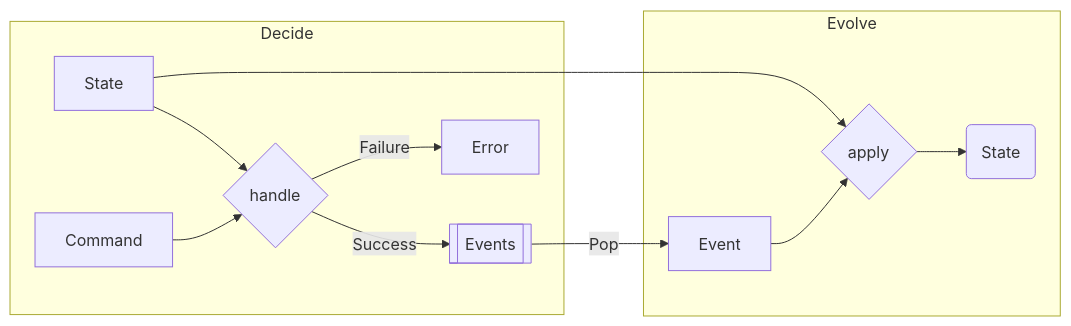
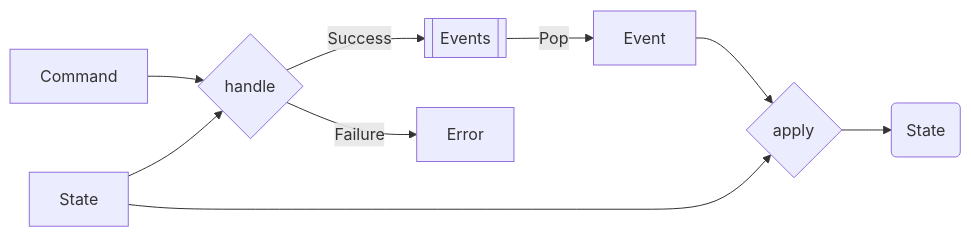
One commit to forgen-org/website changed the diagram in pages/architecture/event-sourcing.mdx. Above: the diagram before and after it, drawn with Mermaid. The commit also changed other lines of this file, not shown here.

Commit message:
Simplify EventSourcing

````diff
--- a/pages/architecture/event-sourcing.mdx
+++ b/pages/architecture/event-sourcing.mdx
@@ -5,26 +5,22 @@
 ```mermaid
 flowchart LR
-subgraph Decide
   State
   Command
   Error
   Events[[Events]]
   Handle{handle}
+  NewState(State)
+  Event
+  Apply{apply}
 
   Command --> Handle
   State --> Handle
   Handle --> |Success| Events
   Handle --> |Failure| Error
-end
-subgraph Evolve
-  State
-  NewState(State)
-  Event
-  Apply{apply}
 
   State --> Apply
   Event --> Apply
   Apply --> NewState
-end
+  
 Events -- Pop --> Event
 ```
````
